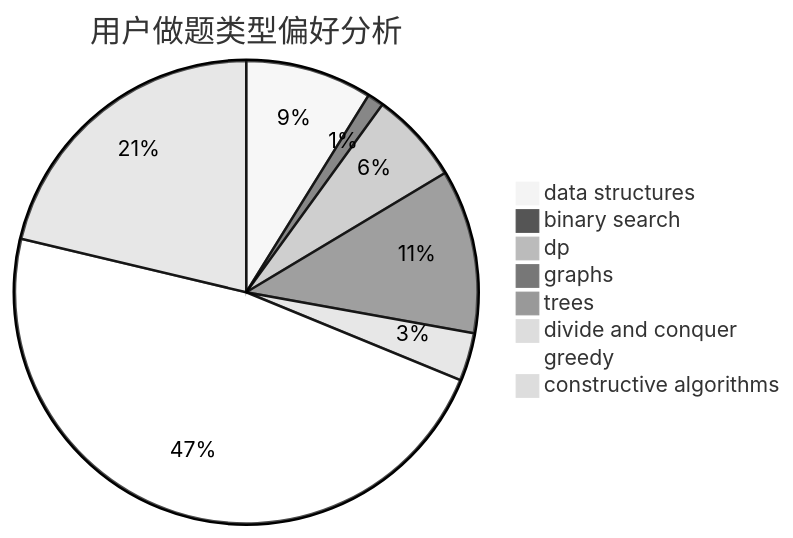
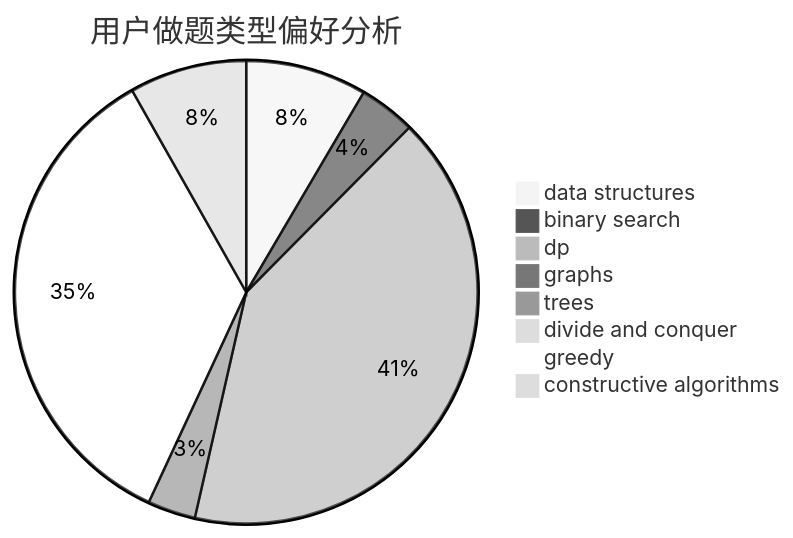
The second of 3 diagrams in docs/user/u2125.md (sherpahu/cfrs.github.io), drawn with Mermaid (neutral theme) before and after one commit. The commit also changed other lines of this file and 2770 other files, not shown here.

````diff
--- a/docs/user/u2125.md
+++ b/docs/user/u2125.md
@@ -23,11 +23,11 @@
 ```mermaid
 pie title 用户做题类型偏好分析
-    "data structures" :  116
-    "binary search" :  15
-    "dp" :  84
-    "graphs" :  150
-    "trees" :  4
-    "divide and conquer" :  44
-    "greedy" :  623
-    "constructive algorithms" :  279
+    "data structures" :  96
+    "binary search" :  45
+    "dp" :  467
+    "graphs" :  11
+    "trees" :  38
+    "divide and conquer" :  0
+    "greedy" :  396
+    "constructive algorithms" :  93
 ```
````
